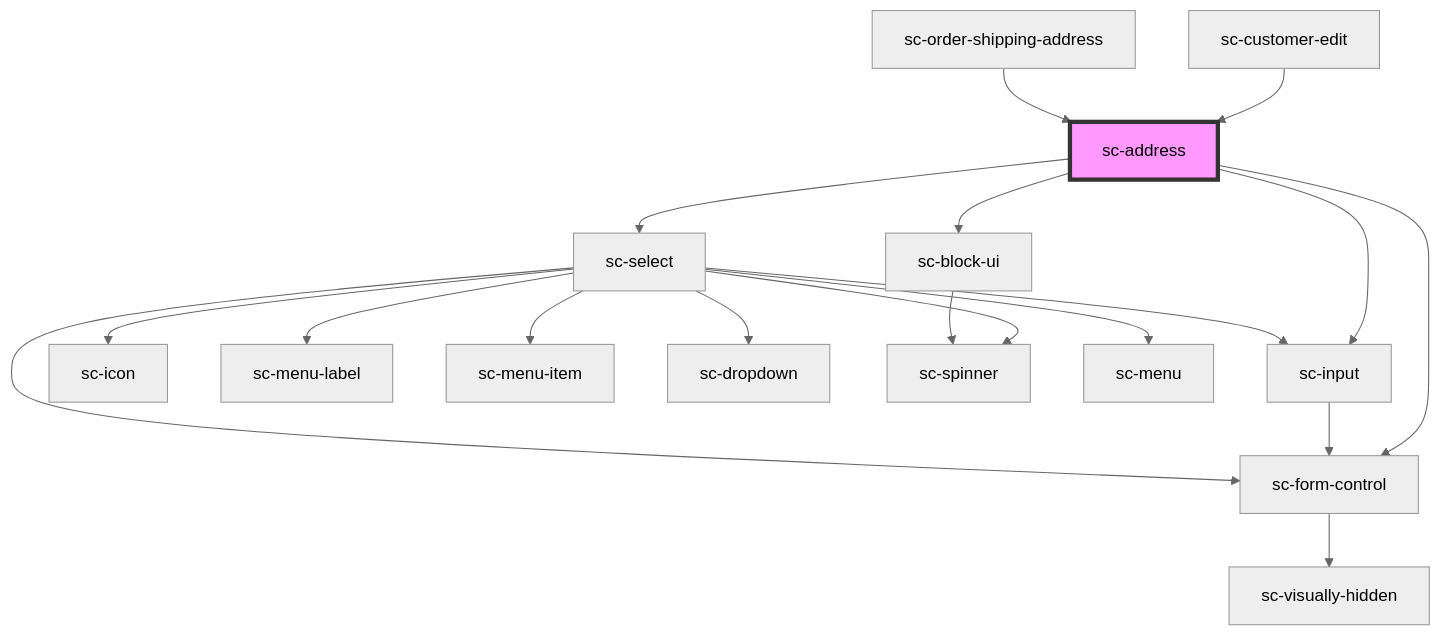
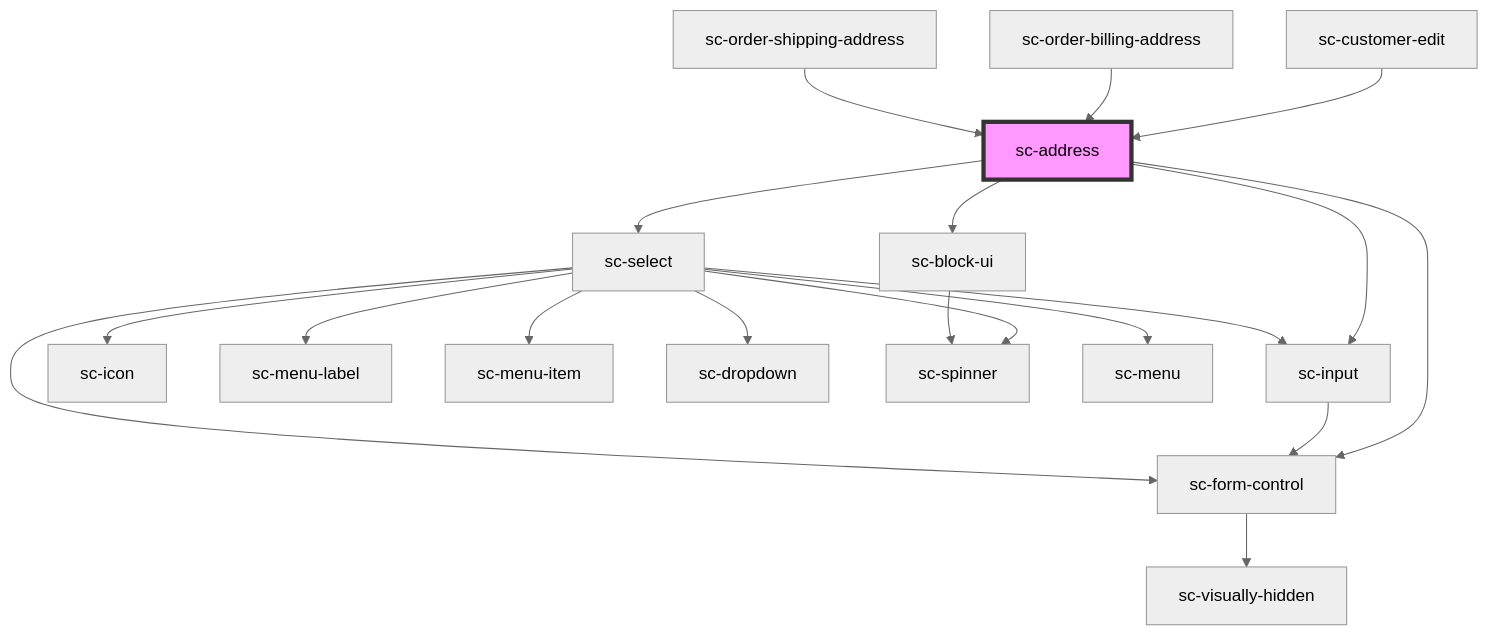
The diagram in packages/components/src/components/ui/address/readme.md (surecart/surecart-wp-plugin), drawn with Mermaid (neutral theme) before and after one commit. The commit also changed other lines of this file and 5 other files, not shown here.

````diff
--- a/packages/components/src/components/ui/address/readme.md
+++ b/packages/components/src/components/ui/address/readme.md
@@ -86,21 +87,22 @@
 ```mermaid
 graph TD;
   sc-address --> sc-form-control
   sc-address --> sc-input
   sc-address --> sc-select
   sc-address --> sc-block-ui
   sc-form-control --> sc-visually-hidden
   sc-input --> sc-form-control
   sc-select --> sc-icon
   sc-select --> sc-menu-label
   sc-select --> sc-menu-item
   sc-select --> sc-form-control
   sc-select --> sc-dropdown
   sc-select --> sc-input
   sc-select --> sc-spinner
   sc-select --> sc-menu
   sc-block-ui --> sc-spinner
   sc-customer-edit --> sc-address
+  sc-order-billing-address --> sc-address
   sc-order-shipping-address --> sc-address
   style sc-address fill:#f9f,stroke:#333,stroke-width:4px
 ```
````
